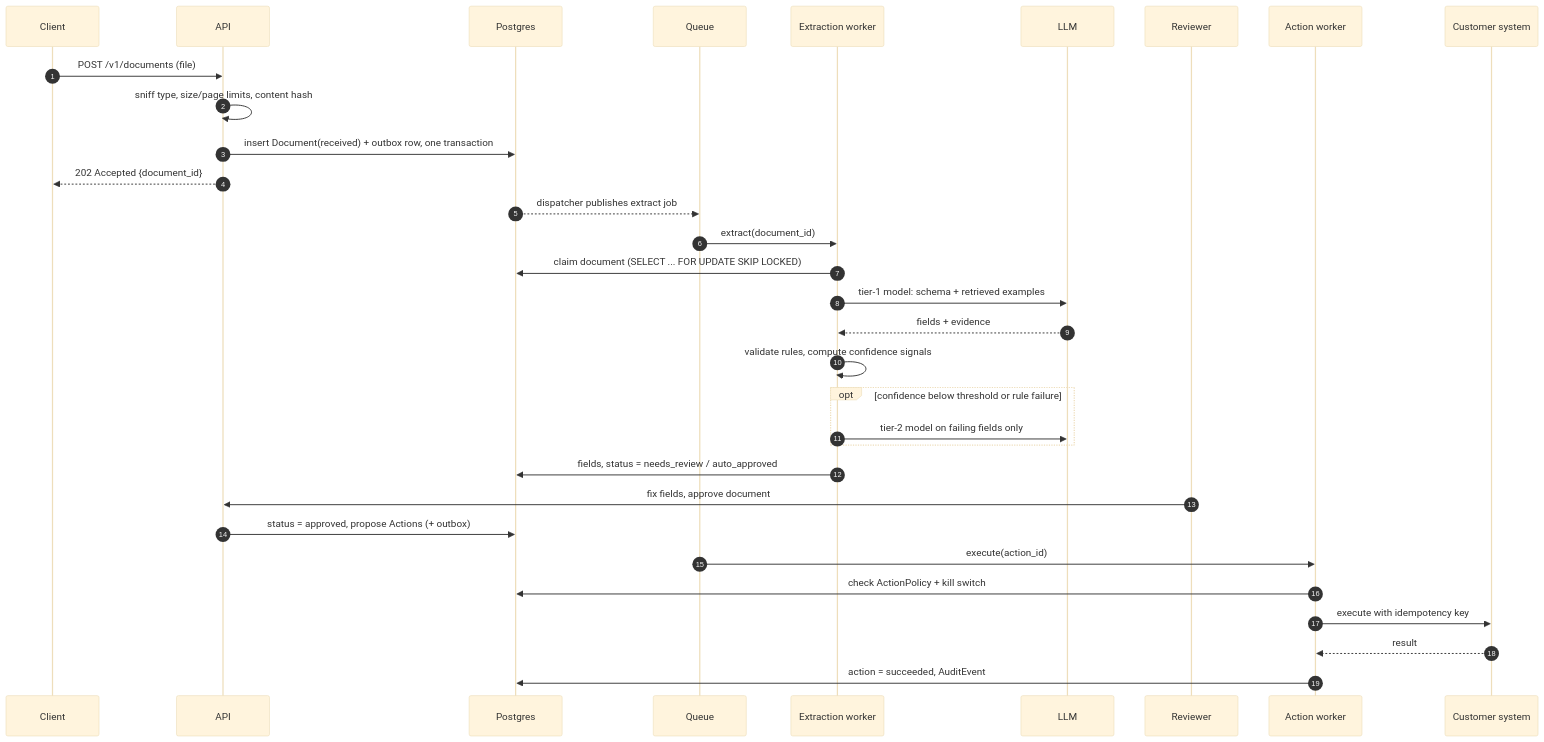
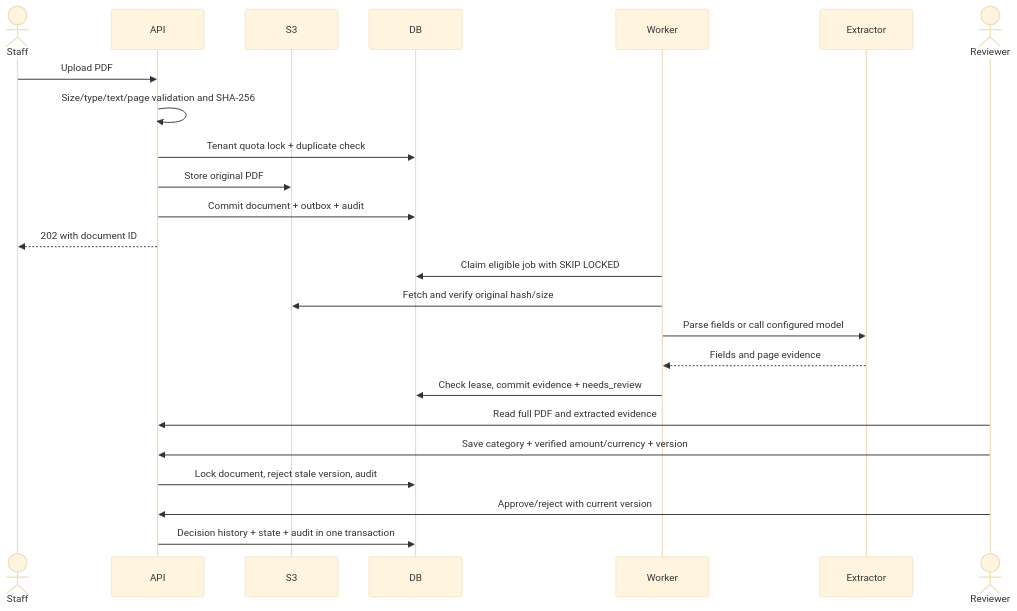
One commit to Abhinavsuri90/opspilot changed the fourth of 5 diagrams in SYSTEM_DESIGN.md. Above: the diagram before and after it, drawn with Mermaid (base theme). The commit also changed other lines of this file and 10 other files, not shown here.

Commit message:
docs: document current architecture and Render deployment with measured checks

````diff
--- a/SYSTEM_DESIGN.md
+++ b/SYSTEM_DESIGN.md
@@ -189,34 +170,26 @@
 ```mermaid
 sequenceDiagram
-  autonumber
-  participant C as Client
-  participant API
-  participant DB as Postgres
-  participant Q as Queue
-  participant W as Extraction worker
-  participant L as LLM
-  participant R as Reviewer
-  participant AW as Action worker
-  participant X as Customer system
-  C->>API: POST /v1/documents (file)
-  API->>API: sniff type, size/page limits, content hash
-  API->>DB: insert Document(received) + outbox row, one transaction
-  API-->>C: 202 Accepted {document_id}
-  DB-->>Q: dispatcher publishes extract job
-  Q->>W: extract(document_id)
-  W->>DB: claim document (SELECT ... FOR UPDATE SKIP LOCKED)
-  W->>L: tier-1 model: schema + retrieved examples
-  L-->>W: fields + evidence
-  W->>W: validate rules, compute confidence signals
-  opt confidence below threshold or rule failure
-    W->>L: tier-2 model on failing fields only
-  end
-  W->>DB: fields, status = needs_review / auto_approved
-  R->>API: fix fields, approve document
-  API->>DB: status = approved, propose Actions (+ outbox)
-  Q->>AW: execute(action_id)
-  AW->>DB: check ActionPolicy + kill switch
-  AW->>X: execute with idempotency key
-  X-->>AW: result
-  AW->>DB: action = succeeded, AuditEvent
+    actor Staff
+    participant API
+    participant S3
+    participant DB
+    participant Worker
+    participant Extractor
+    actor Reviewer
+    Staff->>API: Upload PDF
+    API->>API: Size/type/text/page validation and SHA-256
+    API->>DB: Tenant quota lock + duplicate check
+    API->>S3: Store original PDF
+    API->>DB: Commit document + outbox + audit
+    API-->>Staff: 202 with document ID
+    Worker->>DB: Claim eligible job with SKIP LOCKED
+    Worker->>S3: Fetch and verify original hash/size
+    Worker->>Extractor: Parse fields or call configured model
+    Extractor-->>Worker: Fields and page evidence
+    Worker->>DB: Check lease, commit evidence + needs_review
+    Reviewer->>API: Read full PDF and extracted evidence
+    Reviewer->>API: Save category + verified amount/currency + version
+    API->>DB: Lock document, reject stale version, audit
+    Reviewer->>API: Approve/reject with current version
+    API->>DB: Decision history + state + audit in one transaction
 ```
````
